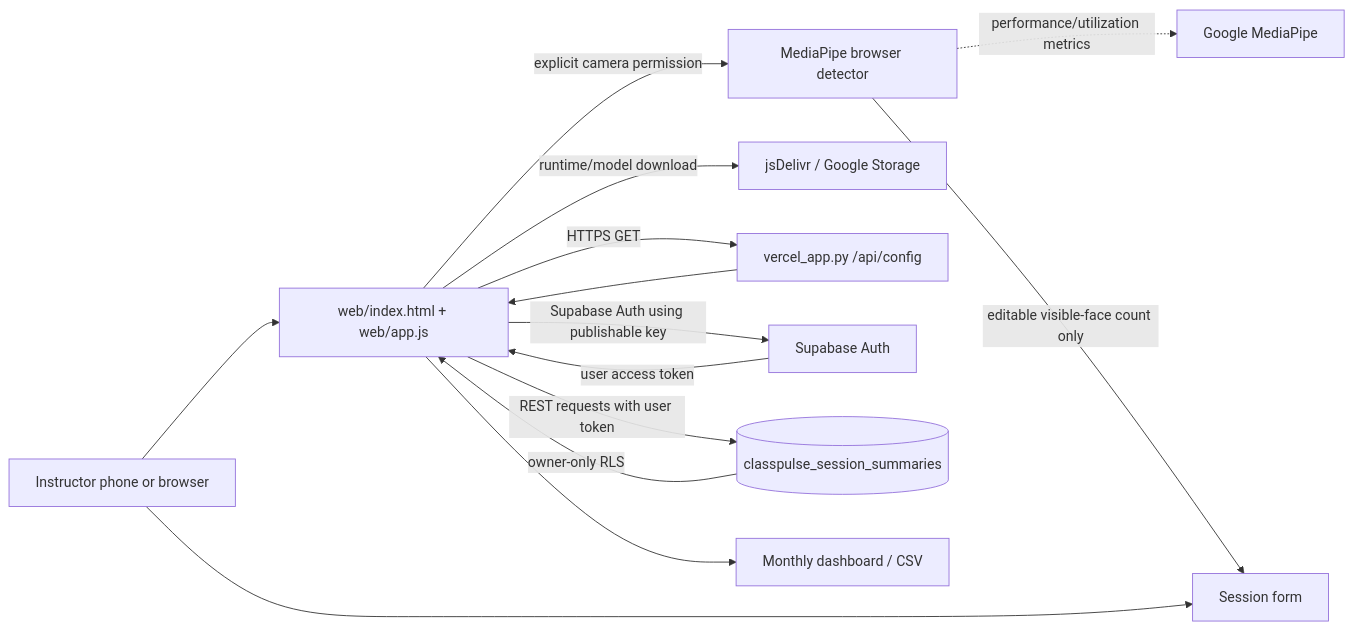
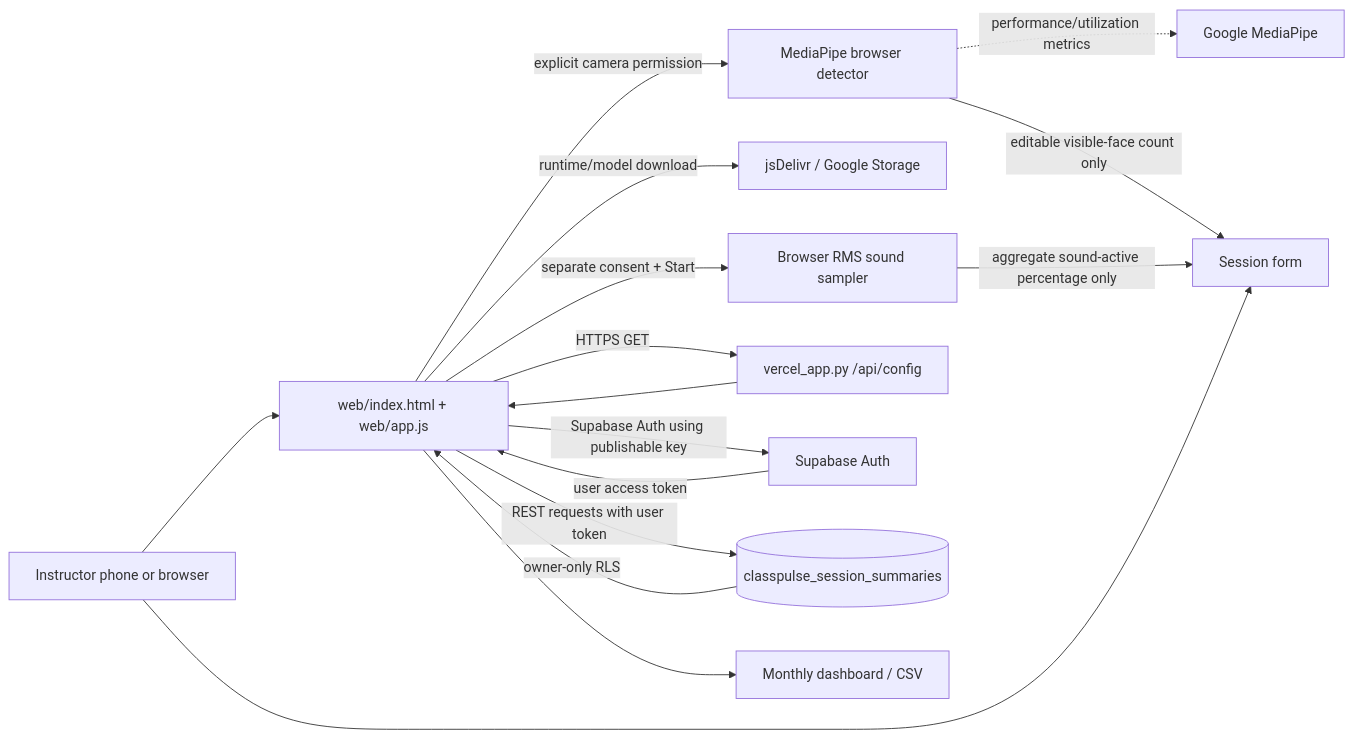
Before and after one commit to PadamSinghRajpurohit/classpulse-ai: the second of 2 diagrams in docs/requirements-and-architecture.md, drawn with Mermaid. The commit also changed other lines of this file and 6 other files, not shown here.

````diff
--- a/docs/requirements-and-architecture.md
+++ b/docs/requirements-and-architecture.md
@@ -96,16 +96,18 @@
 ```mermaid
 flowchart LR
   U[Instructor phone or browser] --> PWA[web/index.html + web/app.js]
   PWA -->|explicit camera permission| MP[MediaPipe browser detector]
   MP -.->|performance/utilization metrics| G[Google MediaPipe]
   PWA -->|runtime/model download| CDN[jsDelivr / Google Storage]
   MP -->|editable visible-face count only| FORM[Session form]
+  PWA -->|separate consent + Start| MIC[Browser RMS sound sampler]
+  MIC -->|aggregate sound-active percentage only| FORM
   U --> FORM
   PWA -->|HTTPS GET| CFG[vercel_app.py /api/config]
   CFG --> PWA
   PWA -->|Supabase Auth using publishable key| AUTH[Supabase Auth]
   AUTH -->|user access token| PWA
   PWA -->|REST requests with user token| DB[(classpulse_session_summaries)]
   DB -->|owner-only RLS| PWA
   PWA --> DASH[Monthly dashboard / CSV]
 ```
````
